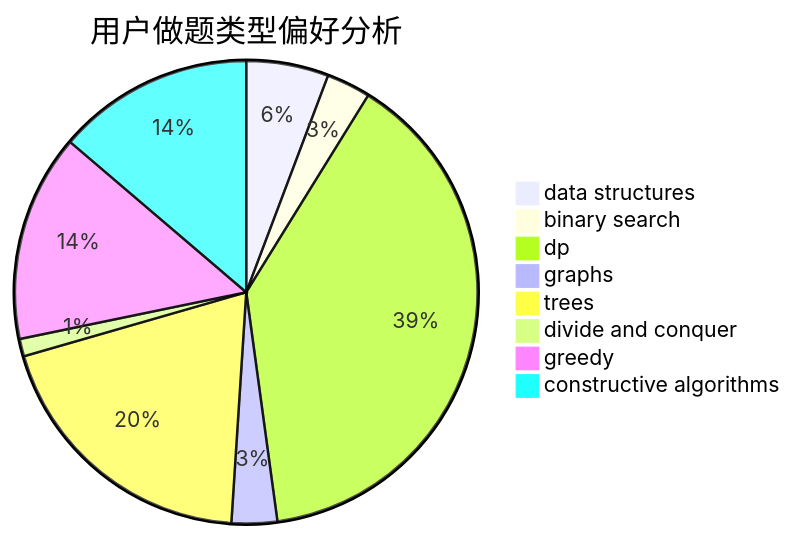
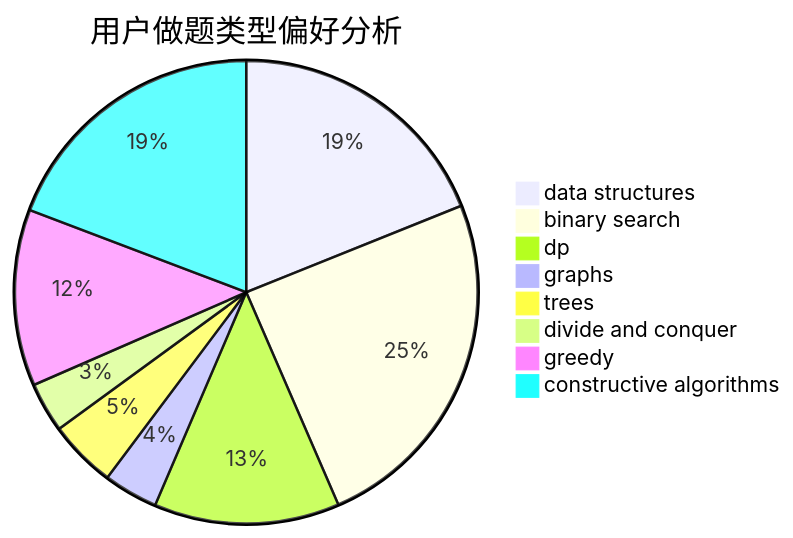
One commit to sherpahu/cfrs.github.io changed the second of 3 diagrams in docs/user/u1398.md. Above: the diagram before and after it, drawn with Mermaid. The commit also changed other lines of this file and 2770 other files, not shown here.

````diff
--- a/docs/user/u1398.md
+++ b/docs/user/u1398.md
@@ -23,11 +23,11 @@
 ```mermaid
 pie title 用户做题类型偏好分析
-    "data structures" :  56
-    "binary search" :  30
-    "dp" :  380
-    "graphs" :  31
-    "trees" :  190
-    "divide and conquer" :  12
-    "greedy" :  141
-    "constructive algorithms" :  134
+    "data structures" :  244
+    "binary search" :  317
+    "dp" :  167
+    "graphs" :  49
+    "trees" :  61
+    "divide and conquer" :  45
+    "greedy" :  159
+    "constructive algorithms" :  248
 ```
````
